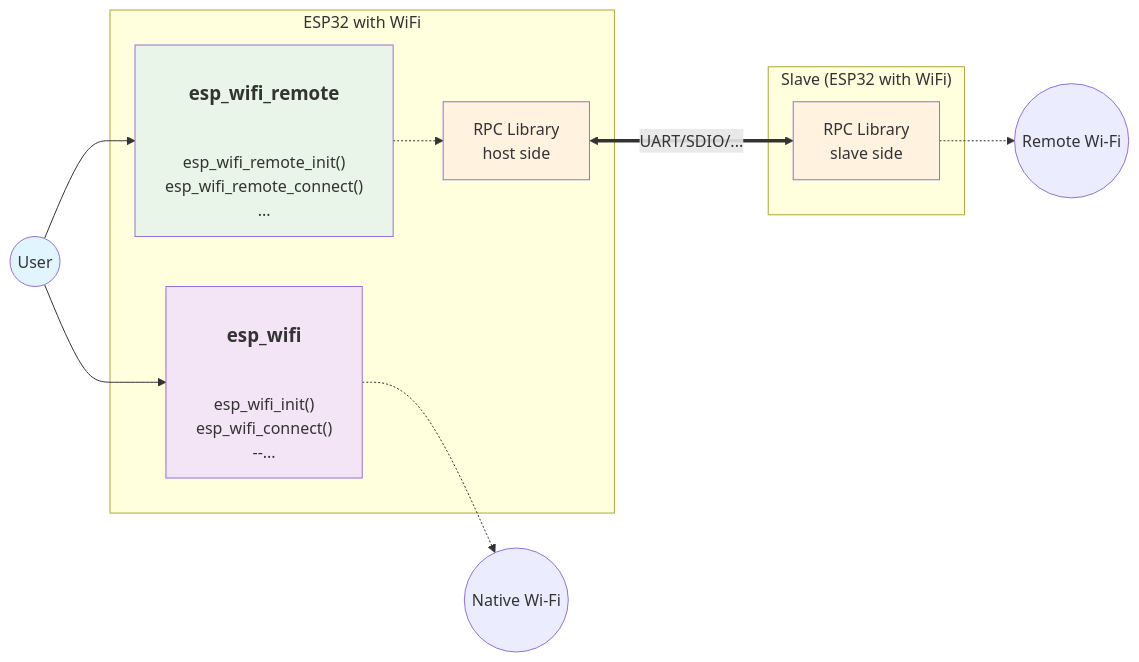
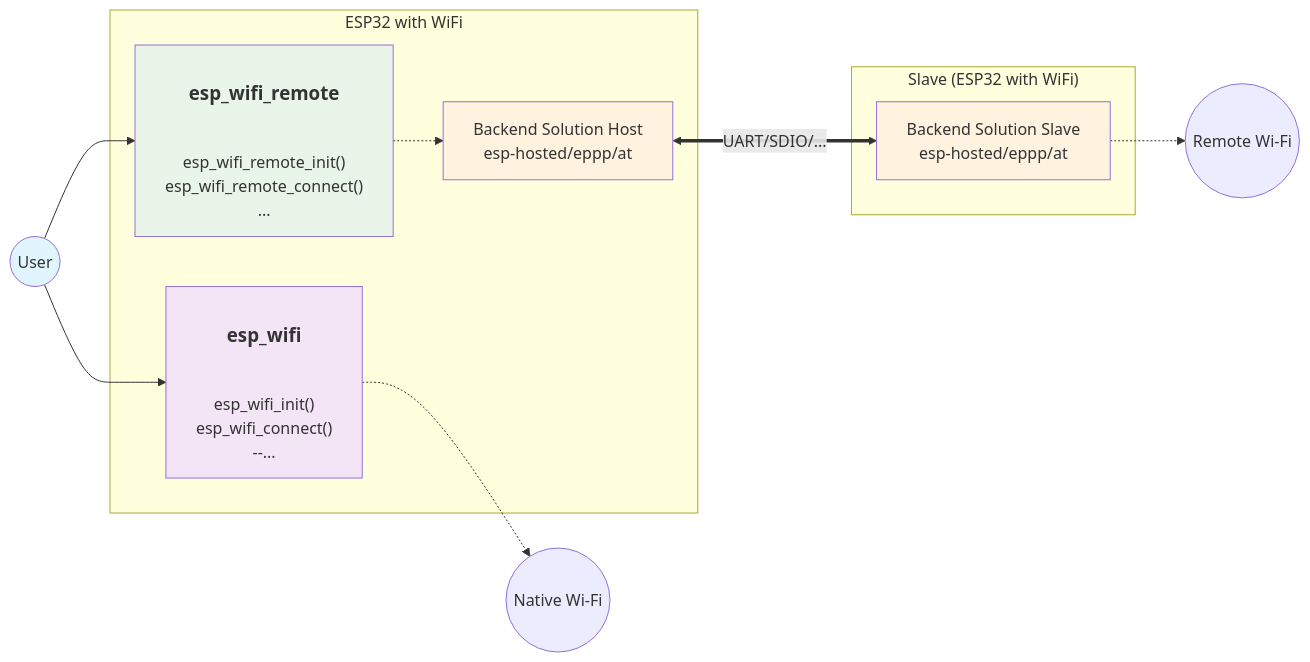
The fourth of 5 diagrams in content/blog/2025/08/esp-wifi-remote/index.md (espressif/developer-portal), drawn with Mermaid before and after one commit. The commit also changed other lines of this file and 10 other files, not shown here.

````diff
--- a/content/blog/2025/08/esp-wifi-remote/index.md
+++ b/content/blog/2025/08/esp-wifi-remote/index.md
@@ -117,27 +117,27 @@
 ```mermaid
 graph LR
     U((User)) -->  REMOTE["<h3>esp_wifi_remote</h3><br/>esp_wifi_remote_init()<br/>esp_wifi_remote_connect()<br/>..."]
     U((User)) --> WIFI["<h3>esp_wifi</h3><br/>esp_wifi_init()<br/>esp_wifi_connect()<br/>--..."]
 
     subgraph "ESP32 with WiFi"
         WIFI
-        REMOTE -.-> RPC[RPC Library</br>host side]
+        REMOTE -.-> RPC[Backend Solution Host<br/>esp-hosted/eppp/at]
     end
 
 
     subgraph "Slave (ESP32 with WiFi)"
-        RPC <==UART/SDIO/...==> SLAVE_RPC[RPC Library<br/>slave side]
+        RPC <==UART/SDIO/...==> SLAVE_RPC[Backend Solution Slave<br/>esp-hosted/eppp/at]
     end
 
     NATIVE_ANT((Native Wi-Fi))
     REMOTE_ANT((Remote Wi-Fi))
 
     WIFI -.-> NATIVE_ANT
     SLAVE_RPC -.-> REMOTE_ANT
 
     style U fill:#e1f5fe
     style WIFI fill:#f3e5f5
     style REMOTE fill:#e8f5e8
     style RPC fill:#fff3e0
     style SLAVE_RPC fill:#fff3e0
 ```
````
